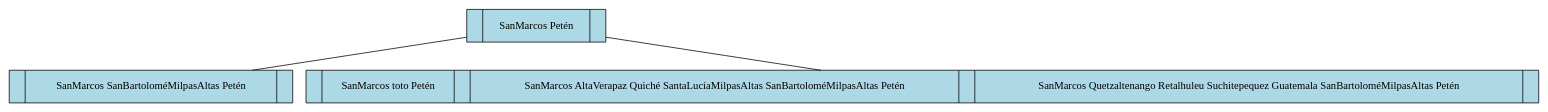
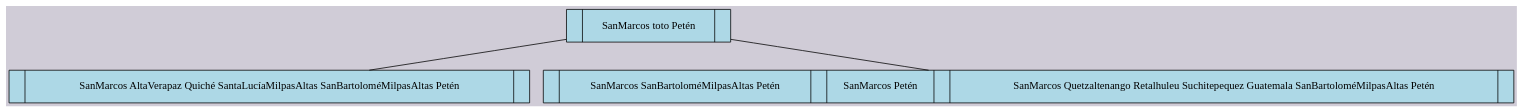
One commit to Gerardo-Mantanico/TravelMap_GT changed the diagram in src/main/resources/img/arbolB.dot. Above: the diagram before and after it, drawn with Graphviz. The commit also changed 39 other files, not shown here.

```diff
--- a/src/main/resources/img/arbolB.dot
+++ b/src/main/resources/img/arbolB.dot
@@ -1,9 +1,10 @@
 digraph ArbolB {
+bgcolor=" #d0ccd7";
  node [shape=record, style=filled, fillcolor=lightblue, height=0.6, width=1.5];
     edge [arrowhead=none]; 
-488484494 [label="<f0> |  SanMarcos Petén  | "];
-488484494 -> 1935032880;
-1935032880 [label="    <f0> |  SanMarcos SanBartoloméMilpasAltas Petén  | "];
-488484494 -> 1447008623;
-1447008623 [label="    <f0> |  SanMarcos toto Petén  | <f1> |  SanMarcos AltaVerapaz Quiché SantaLucíaMilpasAltas SanBartoloméMilpasAltas Petén  | <f2> |  SanMarcos Quetzaltenango Retalhuleu Suchitepequez Guatemala SanBartoloméMilpasAltas Petén  | "];
+628865354 [label="<f0> |  SanMarcos toto Petén  | "];
+628865354 -> 499689896;
+499689896 [label="    <f0> |  SanMarcos AltaVerapaz Quiché SantaLucíaMilpasAltas SanBartoloméMilpasAltas Petén  | "];
+628865354 -> 505532320;
+505532320 [label="    <f0> |  SanMarcos SanBartoloméMilpasAltas Petén  | <f1> |  SanMarcos Petén  | <f2> |  SanMarcos Quetzaltenango Retalhuleu Suchitepequez Guatemala SanBartoloméMilpasAltas Petén  | "];
 }
```
